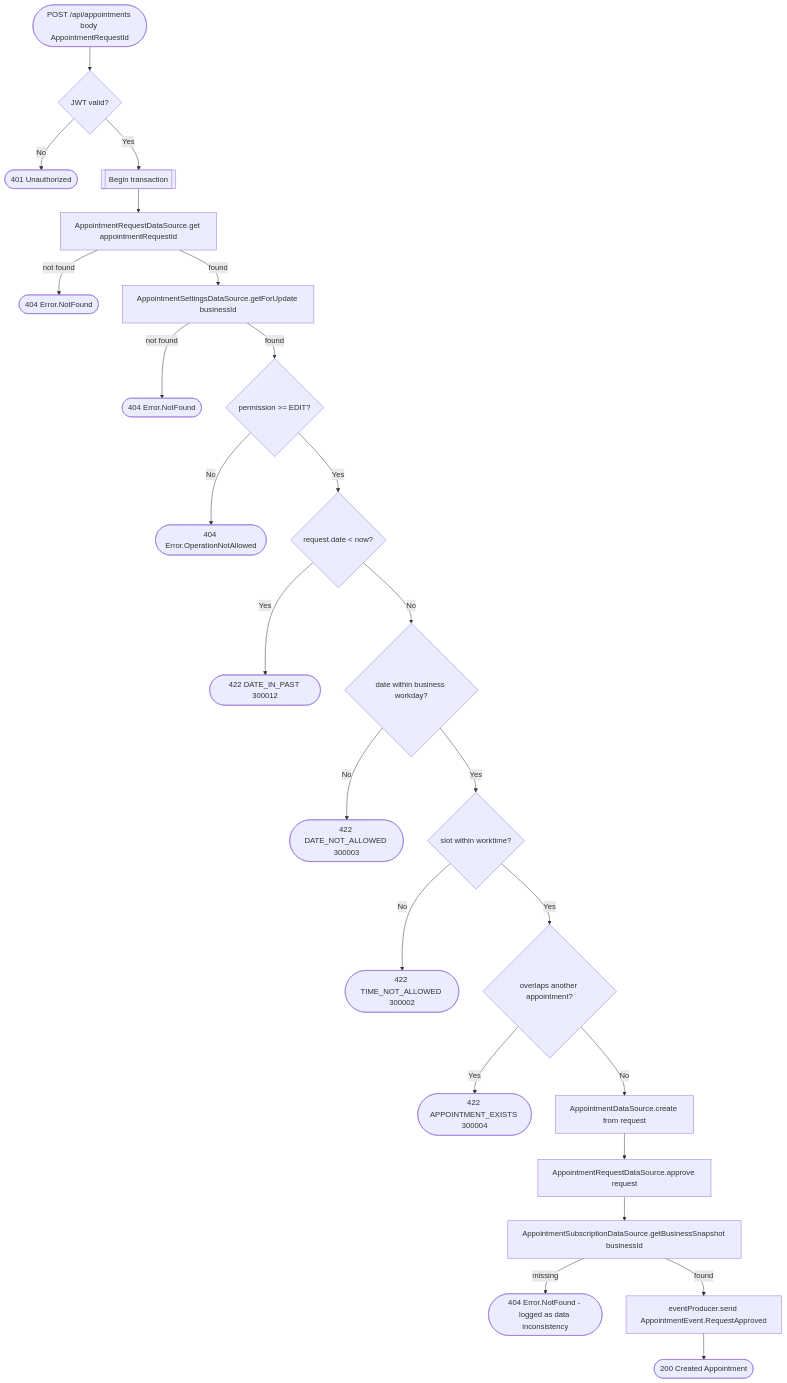
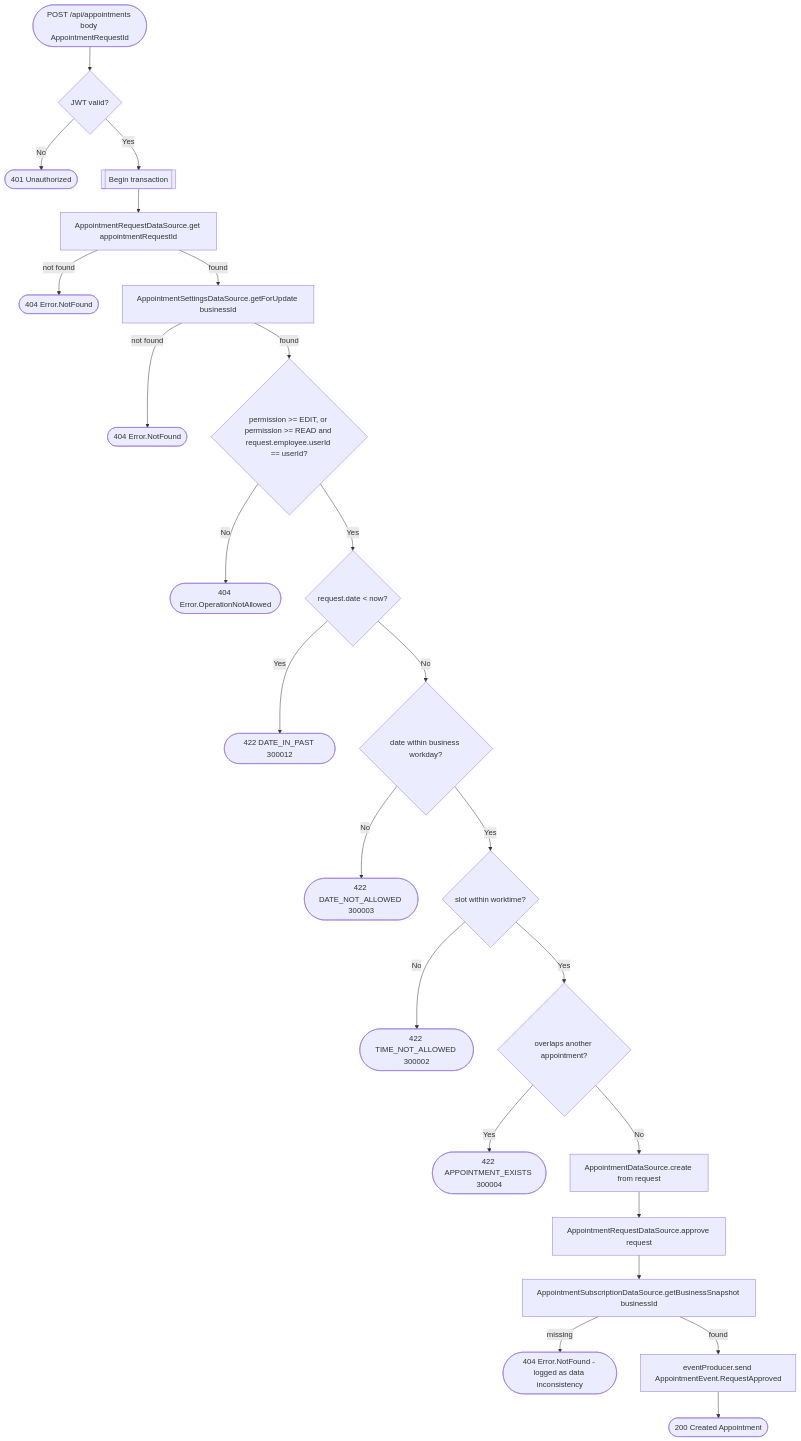
Before and after one commit to an22/bookk.me-backend: the diagram in docs/operations/appointments/create-appointment-from-request.md, drawn with Mermaid. The commit also changed other lines of this file and 55 other files, not shown here.

Commit message:
[ISSUE-89] add permission so employee can change its own records even with READ permissions

````diff
--- a/docs/operations/appointments/create-appointment-from-request.md
+++ b/docs/operations/appointments/create-appointment-from-request.md
@@ -11,26 +13,26 @@
 ```mermaid
 flowchart TD
     Start([POST /api/appointments body AppointmentRequestId]) --> Auth{JWT valid?}
     Auth -- No --> R401([401 Unauthorized])
     Auth -- Yes --> Tx[[Begin transaction]]
     Tx --> GetRequest[AppointmentRequestDataSource.get appointmentRequestId]
     GetRequest -- not found --> R404a([404 Error.NotFound])
     GetRequest -- found --> Settings[AppointmentSettingsDataSource.getForUpdate businessId]
     Settings -- not found --> R404b([404 Error.NotFound])
-    Settings -- found --> Perm{permission >= EDIT?}
+    Settings -- found --> Perm{permission >= EDIT, or permission >= READ and request.employee.userId == userId?}
     Perm -- No --> R404c([404 Error.OperationNotAllowed])
     Perm -- Yes --> PastCheck{request.date < now?}
     PastCheck -- Yes --> R422a([422 DATE_IN_PAST 300012])
     PastCheck -- No --> WorkdayCheck{date within business workday?}
     WorkdayCheck -- No --> R422b([422 DATE_NOT_ALLOWED 300003])
     WorkdayCheck -- Yes --> WorktimeCheck{slot within worktime?}
     WorktimeCheck -- No --> R422c([422 TIME_NOT_ALLOWED 300002])
     WorktimeCheck -- Yes --> Overlap{overlaps another appointment?}
     Overlap -- Yes --> R422d([422 APPOINTMENT_EXISTS 300004])
     Overlap -- No --> Create[AppointmentDataSource.create from request]
     Create --> Approve[AppointmentRequestDataSource.approve request]
     Approve --> Snapshot[AppointmentSubscriptionDataSource.getBusinessSnapshot businessId]
     Snapshot -- missing --> R404d([404 Error.NotFound - logged as data inconsistency])
     Snapshot -- found --> Event[eventProducer.send AppointmentEvent.RequestApproved]
     Event --> R200([200 Created Appointment])
 ```
````
